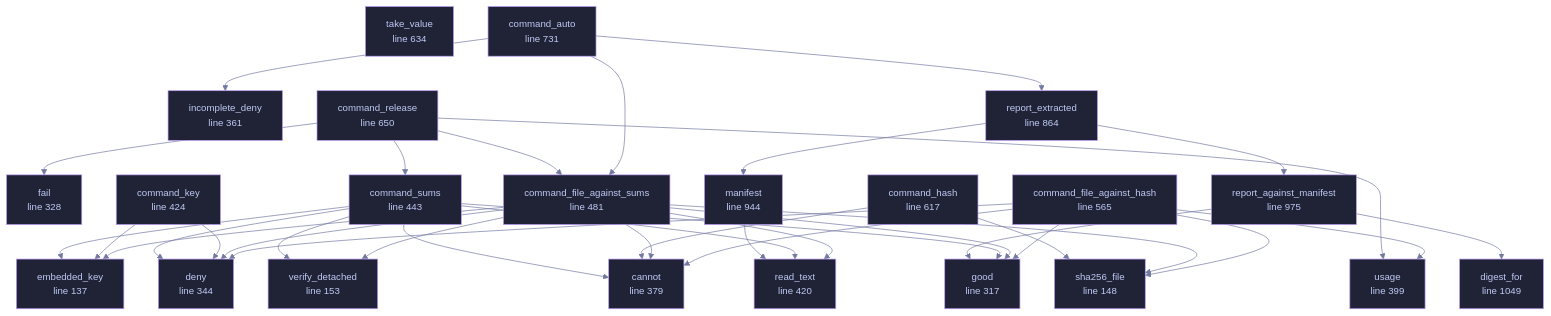
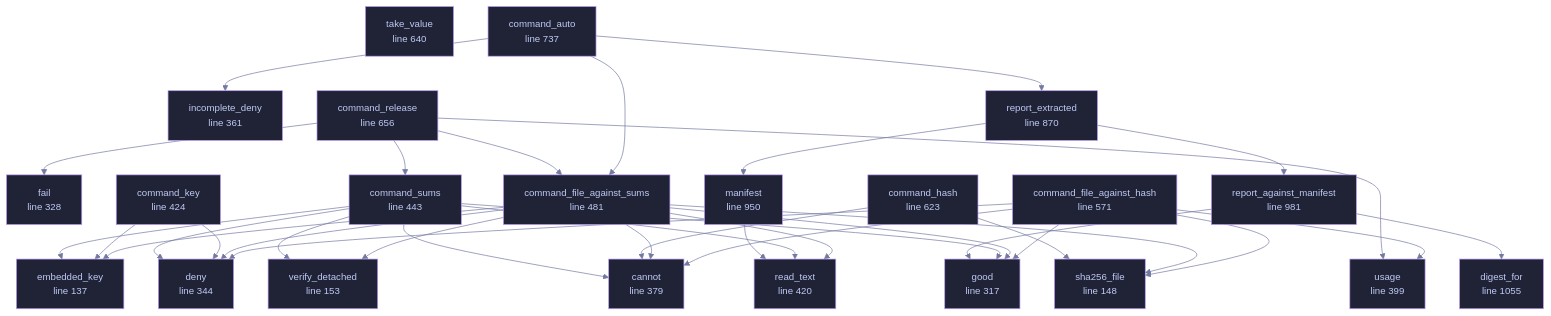
The diagram in wiki/File-veilvoice-verify-main.md (tilas01/veilvoice), drawn with Mermaid before and after one commit. The commit also changed other lines of this file and 52 other files, not shown here.

````diff
--- a/wiki/File-veilvoice-verify-main.md
+++ b/wiki/File-veilvoice-verify-main.md
@@ -103,15 +103,15 @@
     n_command_key["command_key<br/>line 424"]
     n_command_sums["command_sums<br/>line 443"]
     n_command_file_against_sums["command_file_against_sums<br/>line 481"]
-    n_command_file_against_hash["command_file_against_hash<br/>line 565"]
-    n_command_hash["command_hash<br/>line 617"]
-    n_take_value["take_value<br/>line 634"]
-    n_command_release["command_release<br/>line 650"]
-    n_command_auto["command_auto<br/>line 731"]
-    n_report_extracted["report_extracted<br/>line 864"]
-    n_manifest["manifest<br/>line 944"]
-    n_report_against_manifest["report_against_manifest<br/>line 975"]
-    n_digest_for["digest_for<br/>line 1049"]
+    n_command_file_against_hash["command_file_against_hash<br/>line 571"]
+    n_command_hash["command_hash<br/>line 623"]
+    n_take_value["take_value<br/>line 640"]
+    n_command_release["command_release<br/>line 656"]
+    n_command_auto["command_auto<br/>line 737"]
+    n_report_extracted["report_extracted<br/>line 870"]
+    n_manifest["manifest<br/>line 950"]
+    n_report_against_manifest["report_against_manifest<br/>line 981"]
+    n_digest_for["digest_for<br/>line 1055"]
     n_command_auto --> n_command_file_against_sums
     n_command_auto --> n_incomplete_deny
     n_command_auto --> n_report_extracted
@@ -159,15 +159,15 @@
     click n_command_key href "https://github.com/tilas01/veilvoice/blob/main/crates/veilvoice-verify/src/main.rs#L424" "open the source"
     click n_command_sums href "https://github.com/tilas01/veilvoice/blob/main/crates/veilvoice-verify/src/main.rs#L443" "open the source"
     click n_command_file_against_sums href "https://github.com/tilas01/veilvoice/blob/main/crates/veilvoice-verify/src/main.rs#L481" "open the source"
-    click n_command_file_against_hash href "https://github.com/tilas01/veilvoice/blob/main/crates/veilvoice-verify/src/main.rs#L565" "open the source"
-    click n_command_hash href "https://github.com/tilas01/veilvoice/blob/main/crates/veilvoice-verify/src/main.rs#L617" "open the source"
-    click n_take_value href "https://github.com/tilas01/veilvoice/blob/main/crates/veilvoice-verify/src/main.rs#L634" "open the source"
-    click n_command_release href "https://github.com/tilas01/veilvoice/blob/main/crates/veilvoice-verify/src/main.rs#L650" "open the source"
-    click n_command_auto href "https://github.com/tilas01/veilvoice/blob/main/crates/veilvoice-verify/src/main.rs#L731" "open the source"
-    click n_report_extracted href "https://github.com/tilas01/veilvoice/blob/main/crates/veilvoice-verify/src/main.rs#L864" "open the source"
-    click n_manifest href "https://github.com/tilas01/veilvoice/blob/main/crates/veilvoice-verify/src/main.rs#L944" "open the source"
-    click n_report_against_manifest href "https://github.com/tilas01/veilvoice/blob/main/crates/veilvoice-verify/src/main.rs#L975" "open the source"
-    click n_digest_for href "https://github.com/tilas01/veilvoice/blob/main/crates/veilvoice-verify/src/main.rs#L1049" "open the source"
+    click n_command_file_against_hash href "https://github.com/tilas01/veilvoice/blob/main/crates/veilvoice-verify/src/main.rs#L571" "open the source"
+    click n_command_hash href "https://github.com/tilas01/veilvoice/blob/main/crates/veilvoice-verify/src/main.rs#L623" "open the source"
+    click n_take_value href "https://github.com/tilas01/veilvoice/blob/main/crates/veilvoice-verify/src/main.rs#L640" "open the source"
+    click n_command_release href "https://github.com/tilas01/veilvoice/blob/main/crates/veilvoice-verify/src/main.rs#L656" "open the source"
+    click n_command_auto href "https://github.com/tilas01/veilvoice/blob/main/crates/veilvoice-verify/src/main.rs#L737" "open the source"
+    click n_report_extracted href "https://github.com/tilas01/veilvoice/blob/main/crates/veilvoice-verify/src/main.rs#L870" "open the source"
+    click n_manifest href "https://github.com/tilas01/veilvoice/blob/main/crates/veilvoice-verify/src/main.rs#L950" "open the source"
+    click n_report_against_manifest href "https://github.com/tilas01/veilvoice/blob/main/crates/veilvoice-verify/src/main.rs#L981" "open the source"
+    click n_digest_for href "https://github.com/tilas01/veilvoice/blob/main/crates/veilvoice-verify/src/main.rs#L1055" "open the source"
     classDef helper fill:#1f2335,stroke:#bb9af7,color:#c0caf5
     class n_embedded_key,n_sha256_file,n_verify_detached,n_good,n_fail,n_deny,n_incomplete_deny,n_cannot,n_usage,n_read_text,n_command_key,n_command_sums,n_command_file_against_sums,n_command_file_against_hash,n_command_hash,n_take_value,n_command_release,n_command_auto,n_report_extracted,n_manifest,n_report_against_manifest,n_digest_for helper
 ```
````
